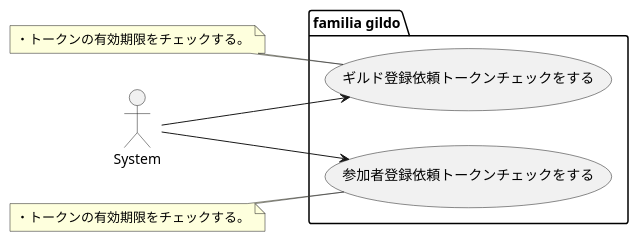
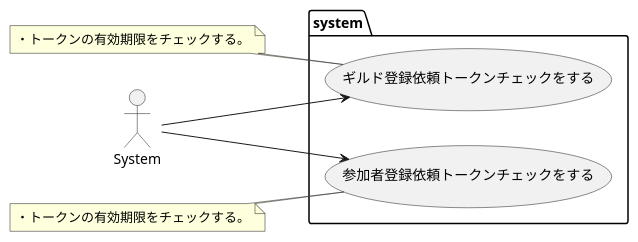
One commit to sky0621/familiagildo changed the diagram in design/usecase/system/usecase.puml. Above: the diagram before and after it, drawn with PlantUML. The commit also changed 13 other files, not shown here.

```diff
--- a/design/usecase/system/usecase.puml
+++ b/design/usecase/system/usecase.puml
@@ -1,23 +1,23 @@
 @startuml
 
 left to right direction
 
 actor System as s
 
-package "familia gildo" {
+package "system" {
     usecase "ギルド登録依頼トークンチェックをする" as checkCreateGuildToken
     usecase "参加者登録依頼トークンチェックをする" as checkCreateParticipantToken
 }
 
 s --> checkCreateGuildToken
 s --> checkCreateParticipantToken
 
 note left of checkCreateGuildToken
 ・トークンの有効期限をチェックする。
 end note
 
 note left of checkCreateParticipantToken
 ・トークンの有効期限をチェックする。
 end note
 
 @enduml
```
